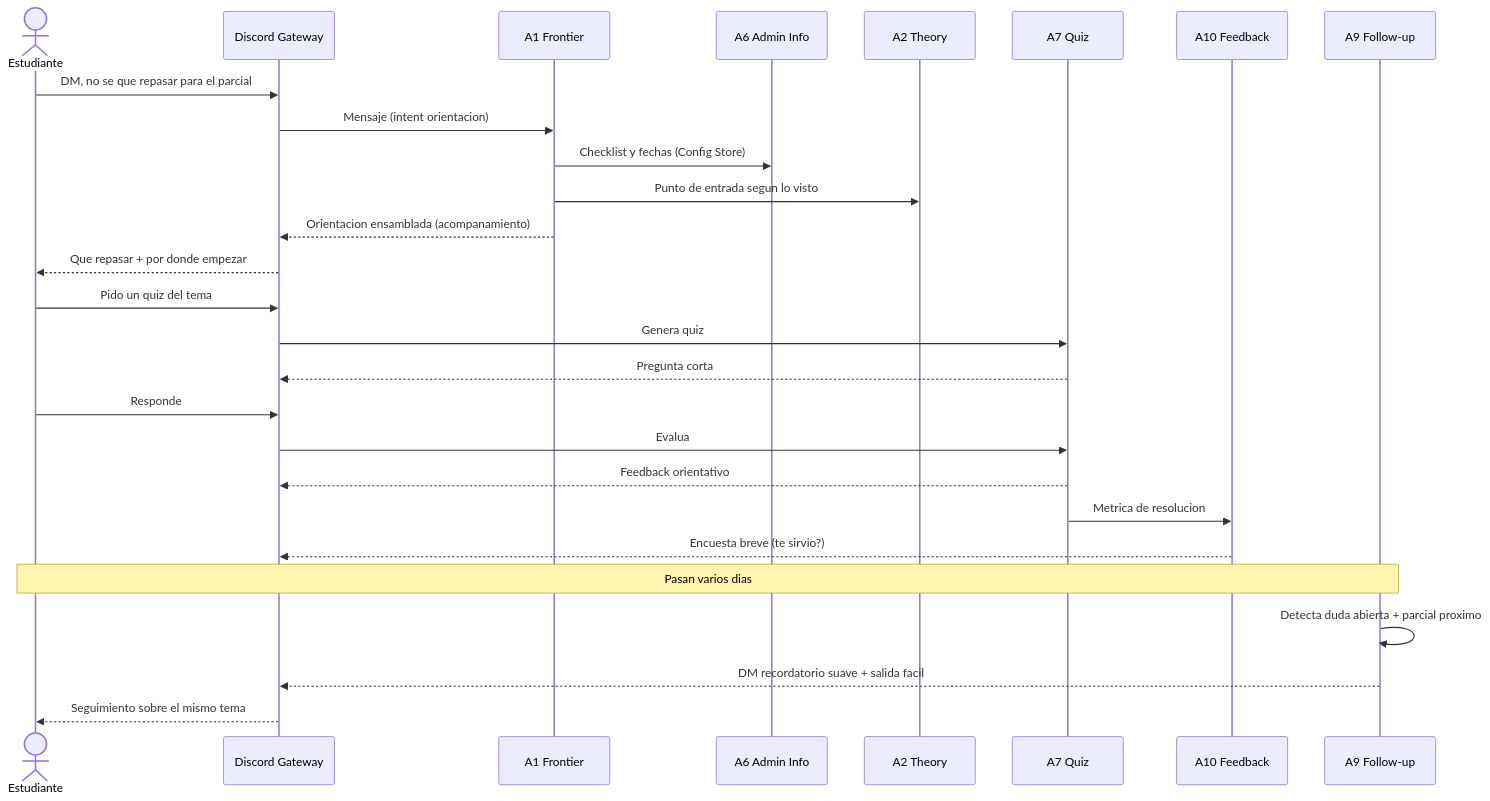
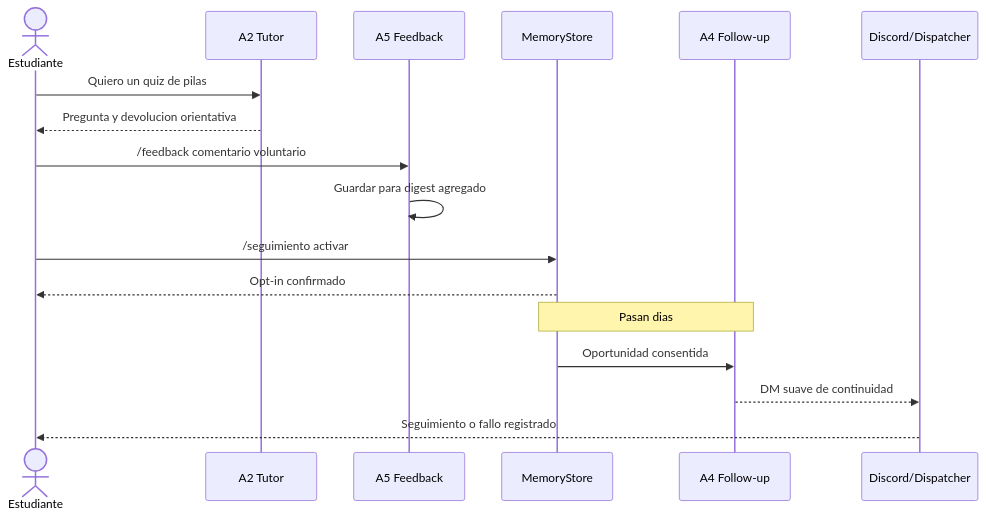
Before and after one commit to berni-245/SMA-Discord-bot: the fourth of 4 diagrams in spec/06-escenarios-y-trazabilidad.md, drawn with Mermaid. The commit also changed other lines of this file and 30 other files, not shown here.

````diff
--- a/spec/06-escenarios-y-trazabilidad.md
+++ b/spec/06-escenarios-y-trazabilidad.md
@@ -170,30 +99,19 @@
 ```mermaid
 sequenceDiagram
     actor E as Estudiante
-    participant D as Discord Gateway
-    participant A1 as A1 Frontier
-    participant A6 as A6 Admin Info
-    participant A2 as A2 Theory
-    participant A7 as A7 Quiz
-    participant A10 as A10 Feedback
-    participant A9 as A9 Follow-up
-
-    E->>D: DM, no se que repasar para el parcial
-    D->>A1: Mensaje (intent orientacion)
-    A1->>A6: Checklist y fechas (Config Store)
-    A1->>A2: Punto de entrada segun lo visto
-    A1-->>D: Orientacion ensamblada (acompanamiento)
-    D-->>E: Que repasar + por donde empezar
-    E->>D: Pido un quiz del tema
-    D->>A7: Genera quiz
-    A7-->>D: Pregunta corta
-    E->>D: Responde
-    D->>A7: Evalua
-    A7-->>D: Feedback orientativo
-    A7->>A10: Metrica de resolucion
-    A10-->>D: Encuesta breve (te sirvio?)
-    Note over E,A9: Pasan varios dias
-    A9->>A9: Detecta duda abierta + parcial proximo
-    A9-->>D: DM recordatorio suave + salida facil
-    D-->>E: Seguimiento sobre el mismo tema
+    participant A2 as A2 Tutor
+    participant A5 as A5 Feedback
+    participant M as MemoryStore
+    participant A4 as A4 Follow-up
+    participant D as Discord/Dispatcher
+    E->>A2: Quiero un quiz de pilas
+    A2-->>E: Pregunta y devolucion orientativa
+    E->>A5: /feedback comentario voluntario
+    A5->>A5: Guardar para digest agregado
+    E->>M: /seguimiento activar
+    M-->>E: Opt-in confirmado
+    Note over M,A4: Pasan dias
+    M->>A4: Oportunidad consentida
+    A4-->>D: DM suave de continuidad
+    D-->>E: Seguimiento o fallo registrado
 ```
````
